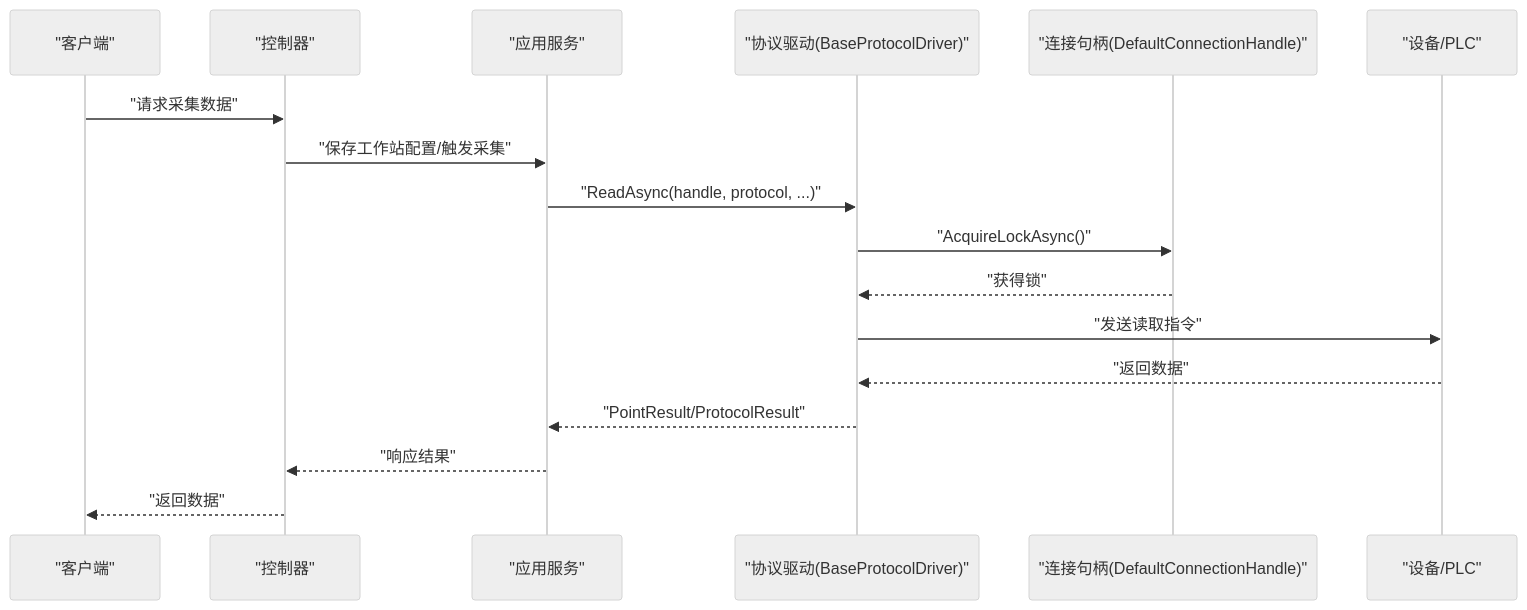
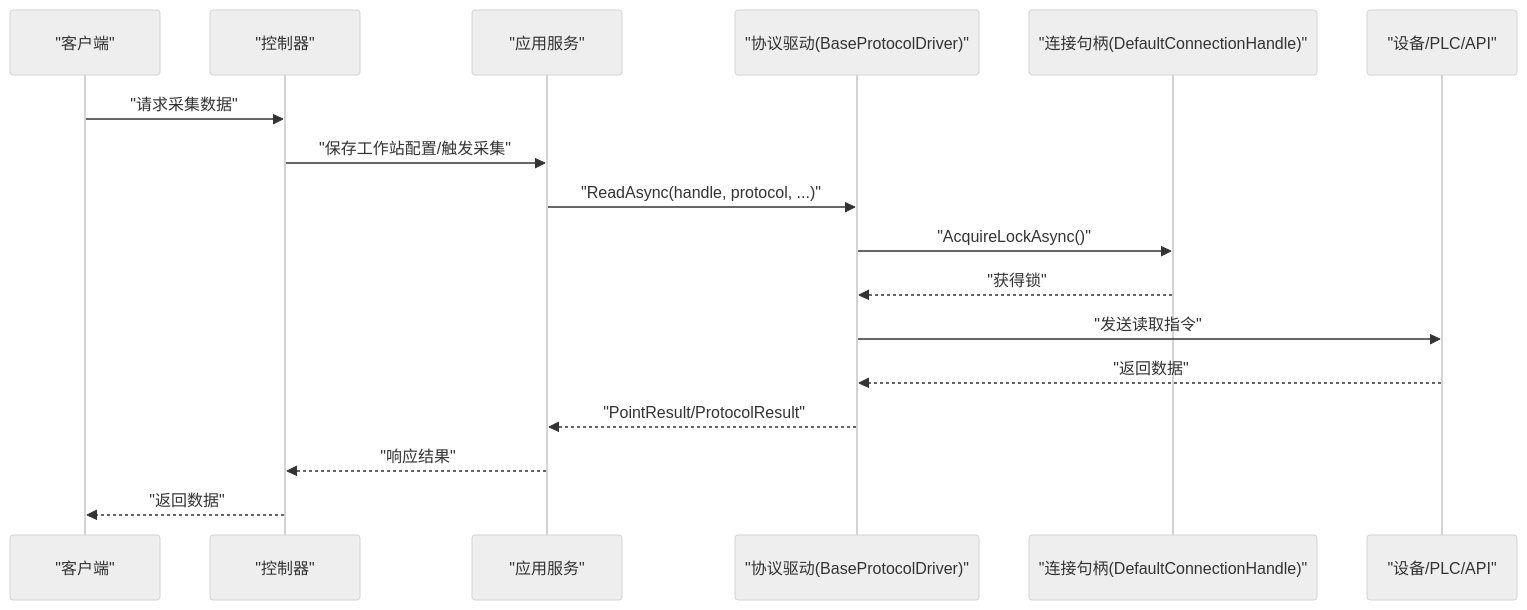
Before and after one commit to whitemousetl/IndustrialDataSolution: the second of 6 diagrams in .qoder/repowiki/zh/content/协议驱动架构/协议驱动架构.md, drawn with Mermaid (neutral theme). The commit also changed other lines of this file and 3 other files, not shown here.

````diff
--- a/.qoder/repowiki/zh/content/协议驱动架构/协议驱动架构.md
+++ b/.qoder/repowiki/zh/content/协议驱动架构/协议驱动架构.md
@@ -138,19 +144,19 @@
 ```mermaid
 sequenceDiagram
 participant C as "客户端"
 participant Ctrl as "控制器"
 participant App as "应用服务"
 participant Driver as "协议驱动(BaseProtocolDriver)"
 participant Conn as "连接句柄(DefaultConnectionHandle)"
-participant Dev as "设备/PLC"
+participant Dev as "设备/PLC/API"
 C->>Ctrl : "请求采集数据"
 Ctrl->>App : "保存工作站配置/触发采集"
 App->>Driver : "ReadAsync(handle, protocol, ...)"
 Driver->>Conn : "AcquireLockAsync()"
 Conn-->>Driver : "获得锁"
 Driver->>Dev : "发送读取指令"
 Dev-->>Driver : "返回数据"
 Driver-->>App : "PointResult/ProtocolResult"
 App-->>Ctrl : "响应结果"
 Ctrl-->>C : "返回数据"
 ```
````
